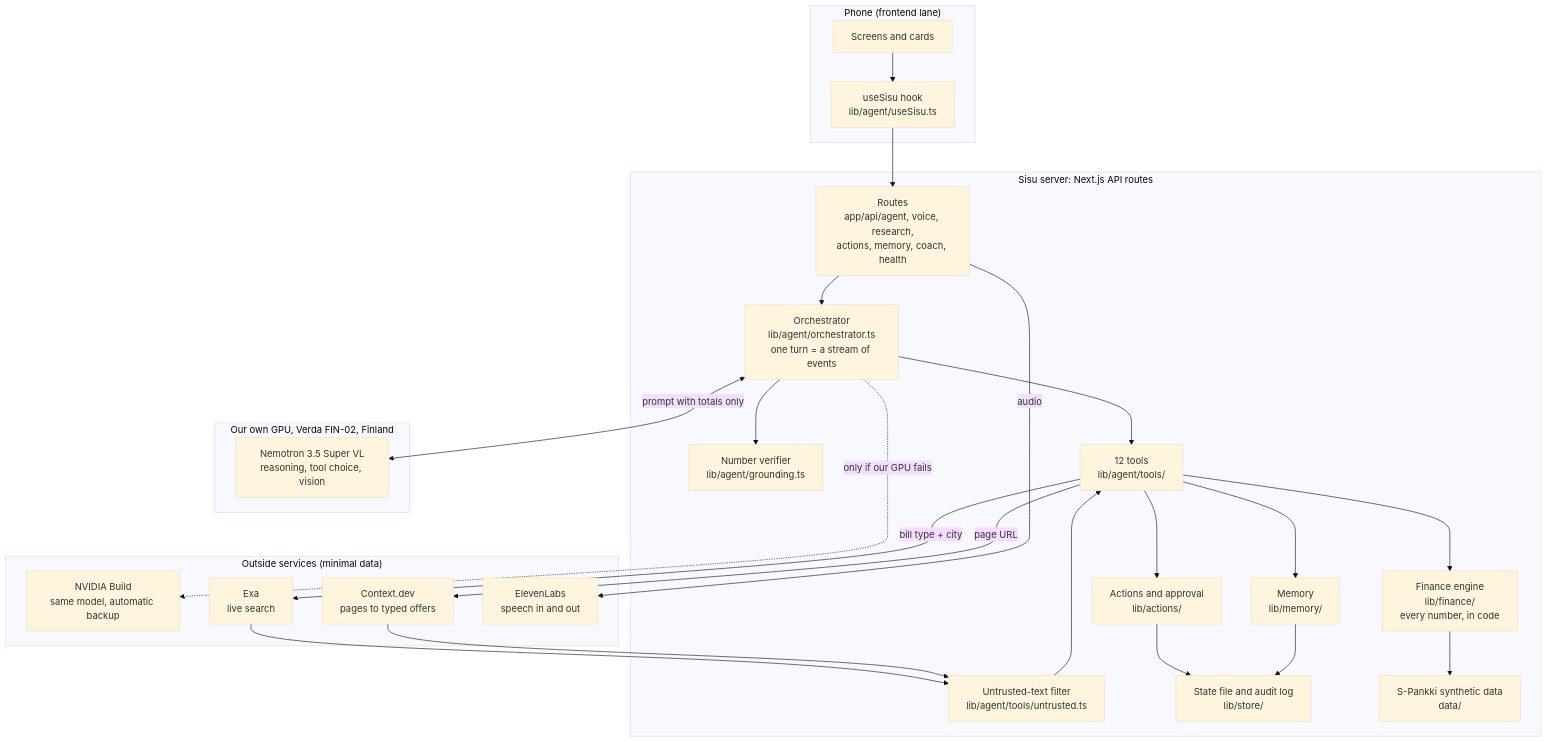
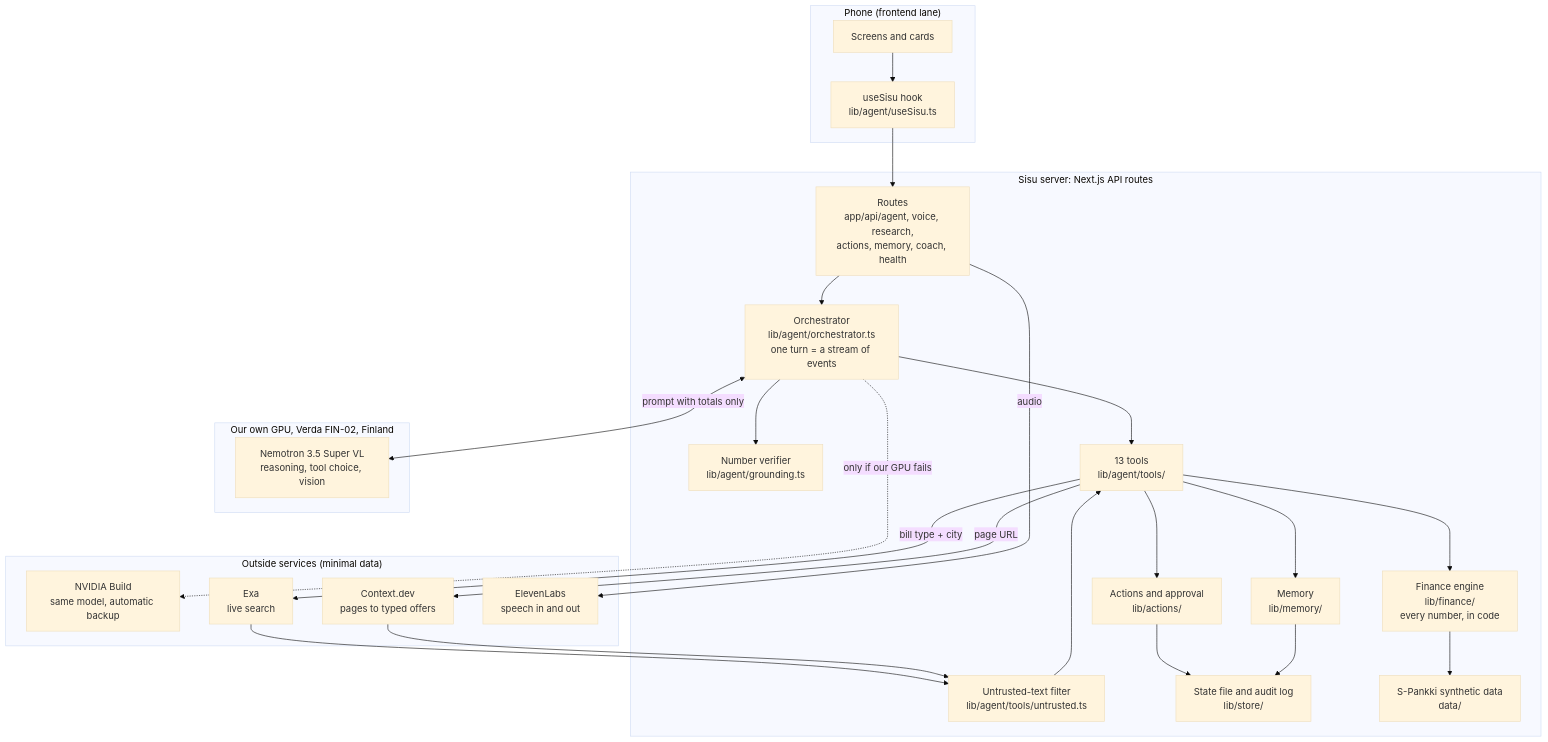
The diagram in docs/SISU_ARCHITECTURE_EXPLAINED.md (Junction-2026-NMA/junction-2026), drawn with Mermaid (base theme) before and after one commit. The commit also changed other lines of this file and 43 other files, not shown here.

````diff
--- a/docs/SISU_ARCHITECTURE_EXPLAINED.md
+++ b/docs/SISU_ARCHITECTURE_EXPLAINED.md
@@ -17,46 +17,46 @@
 ```mermaid
 flowchart TB
   subgraph phone["Phone (frontend lane)"]
     ui["Screens and cards"]
     hook["useSisu hook<br/>lib/agent/useSisu.ts"]
   end
 
   subgraph server["Sisu server: Next.js API routes"]
     routes["Routes<br/>app/api/agent, voice, research,<br/>actions, memory, coach, health"]
     orch["Orchestrator<br/>lib/agent/orchestrator.ts<br/>one turn = a stream of events"]
     verify["Number verifier<br/>lib/agent/grounding.ts"]
-    tools["12 tools<br/>lib/agent/tools/"]
+    tools["13 tools<br/>lib/agent/tools/"]
     guard["Untrusted-text filter<br/>lib/agent/tools/untrusted.ts"]
     fin["Finance engine<br/>lib/finance/<br/>every number, in code"]
     act["Actions and approval<br/>lib/actions/"]
     mem["Memory<br/>lib/memory/"]
     store["State file and audit log<br/>lib/store/"]
     data["S-Pankki synthetic data<br/>data/"]
   end
 
   subgraph verda["Our own GPU, Verda FIN-02, Finland"]
     nemo["Nemotron 3.5 Super VL<br/>reasoning, tool choice, vision"]
   end
 
   subgraph outside["Outside services (minimal data)"]
     backup["NVIDIA Build<br/>same model, automatic backup"]
     exa["Exa<br/>live search"]
     ctx["Context.dev<br/>pages to typed offers"]
     eleven["ElevenLabs<br/>speech in and out"]
   end
 
   ui --> hook --> routes --> orch
   orch <-->|"prompt with totals only"| nemo
   orch -.->|"only if our GPU fails"| backup
   orch --> tools
   tools --> fin --> data
   tools --> act --> store
   tools --> mem --> store
   tools -->|"bill type + city"| exa
   tools -->|"page URL"| ctx
   exa --> guard
   ctx --> guard
   guard --> tools
   orch --> verify
   routes -->|"audio"| eleven
 ```
````
